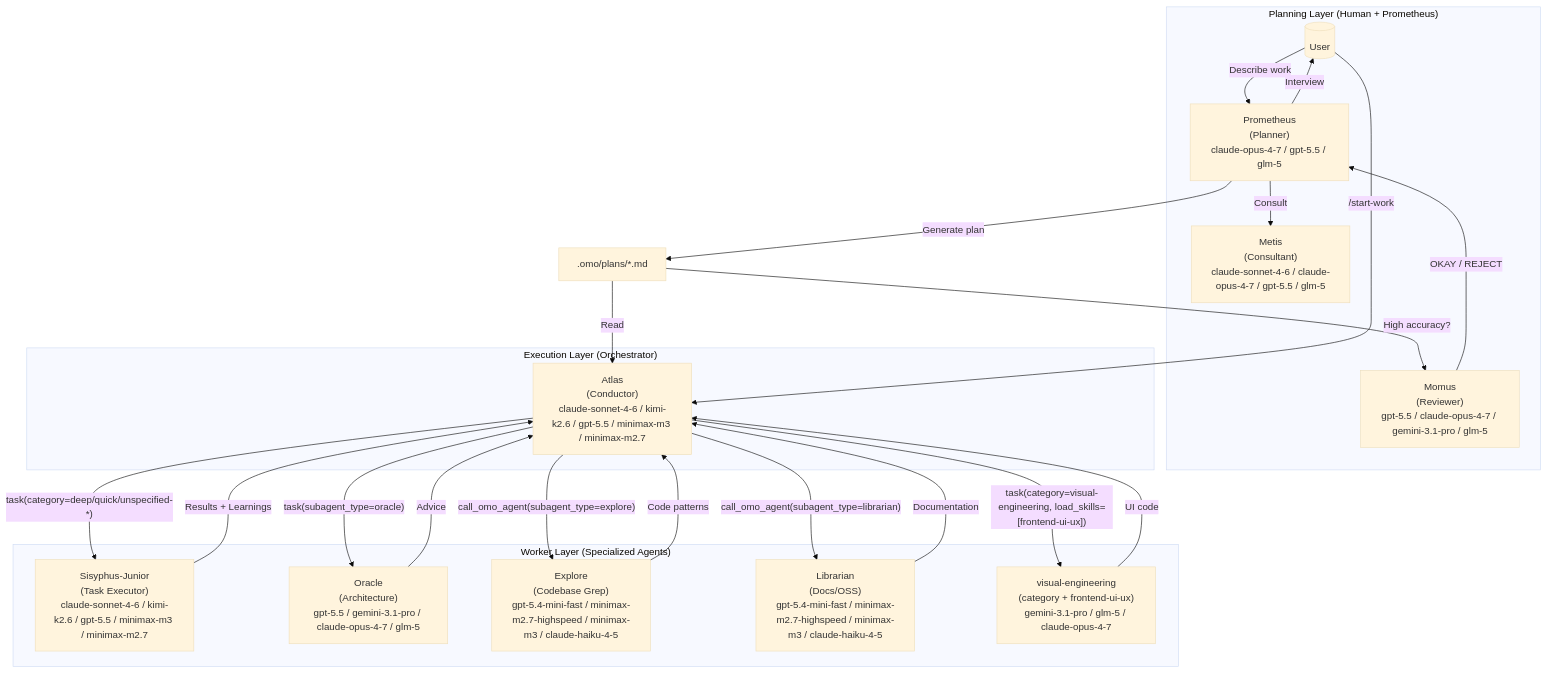
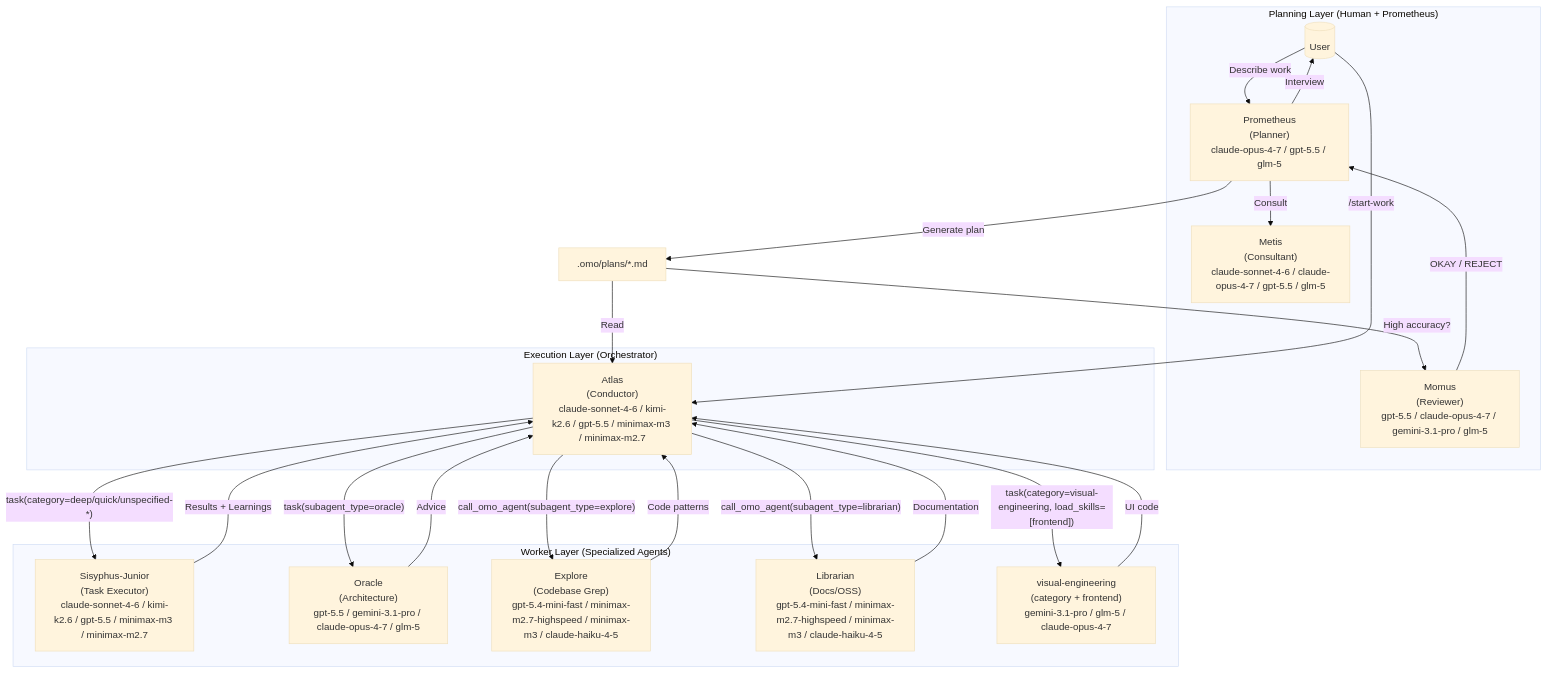
The first of 3 diagrams in mirrors/repos/code-yeongyu@oh-my-openagent/docs/guide/orchestration.md (gabrielmoreira/agent-skills-mirror), drawn with Mermaid (base theme) before and after one commit. The commit also changed other lines of this file and 2371 other files, not shown here.

````diff
--- a/mirrors/repos/code-yeongyu@oh-my-openagent/docs/guide/orchestration.md
+++ b/mirrors/repos/code-yeongyu@oh-my-openagent/docs/guide/orchestration.md
@@ -34,43 +34,43 @@
 ```mermaid
 flowchart TB
     subgraph Planning["Planning Layer (Human + Prometheus)"]
         User[(" User")]
         Prometheus[" Prometheus<br/>(Planner)<br/>claude-opus-4-7 / gpt-5.5 / glm-5"]
         Metis[" Metis<br/>(Consultant)<br/>claude-sonnet-4-6 / claude-opus-4-7 / gpt-5.5 / glm-5"]
         Momus[" Momus<br/>(Reviewer)<br/>gpt-5.5 / claude-opus-4-7 / gemini-3.1-pro / glm-5"]
     end
 
     subgraph Execution["Execution Layer (Orchestrator)"]
         Orchestrator[" Atlas<br/>(Conductor)<br/>claude-sonnet-4-6 / kimi-k2.6 / gpt-5.5 / minimax-m3 / minimax-m2.7"]
     end
 
     subgraph Workers["Worker Layer (Specialized Agents)"]
         Junior[" Sisyphus-Junior<br/>(Task Executor)<br/>claude-sonnet-4-6 / kimi-k2.6 / gpt-5.5 / minimax-m3 / minimax-m2.7"]
         Oracle[" Oracle<br/>(Architecture)<br/>gpt-5.5 / gemini-3.1-pro / claude-opus-4-7 / glm-5"]
         Explore[" Explore<br/>(Codebase Grep)<br/>gpt-5.4-mini-fast / minimax-m2.7-highspeed / minimax-m3 / claude-haiku-4-5"]
         Librarian[" Librarian<br/>(Docs/OSS)<br/>gpt-5.4-mini-fast / minimax-m2.7-highspeed / minimax-m3 / claude-haiku-4-5"]
-        Frontend[" visual-engineering<br/>(category + frontend-ui-ux)<br/>gemini-3.1-pro / glm-5 / claude-opus-4-7"]
+        Frontend[" visual-engineering<br/>(category + frontend)<br/>gemini-3.1-pro / glm-5 / claude-opus-4-7"]
     end
 
     User -->|"Describe work"| Prometheus
     Prometheus -->|"Consult"| Metis
     Prometheus -->|"Interview"| User
     Prometheus -->|"Generate plan"| Plan[".omo/plans/*.md"]
     Plan -->|"High accuracy?"| Momus
     Momus -->|"OKAY / REJECT"| Prometheus
 
     User -->|"/start-work"| Orchestrator
     Plan -->|"Read"| Orchestrator
 
     Orchestrator -->|"task(category=deep/quick/unspecified-*)"| Junior
     Orchestrator -->|"task(subagent_type=oracle)"| Oracle
     Orchestrator -->|"call_omo_agent(subagent_type=explore)"| Explore
     Orchestrator -->|"call_omo_agent(subagent_type=librarian)"| Librarian
-    Orchestrator -->|"task(category=visual-engineering, load_skills=[frontend-ui-ux])"| Frontend
+    Orchestrator -->|"task(category=visual-engineering, load_skills=[frontend])"| Frontend
 
     Junior -->|"Results + Learnings"| Orchestrator
     Oracle -->|"Advice"| Orchestrator
     Explore -->|"Code patterns"| Orchestrator
     Librarian -->|"Documentation"| Orchestrator
     Frontend -->|"UI code"| Orchestrator
 ```
````
